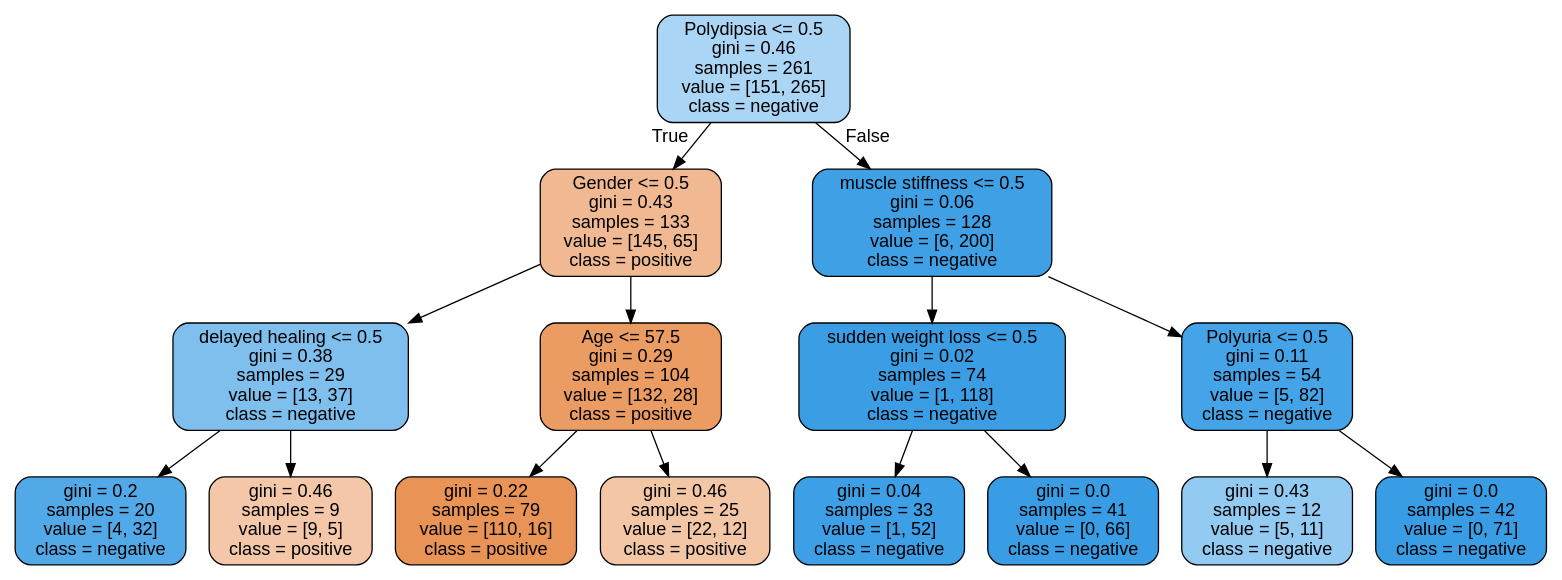
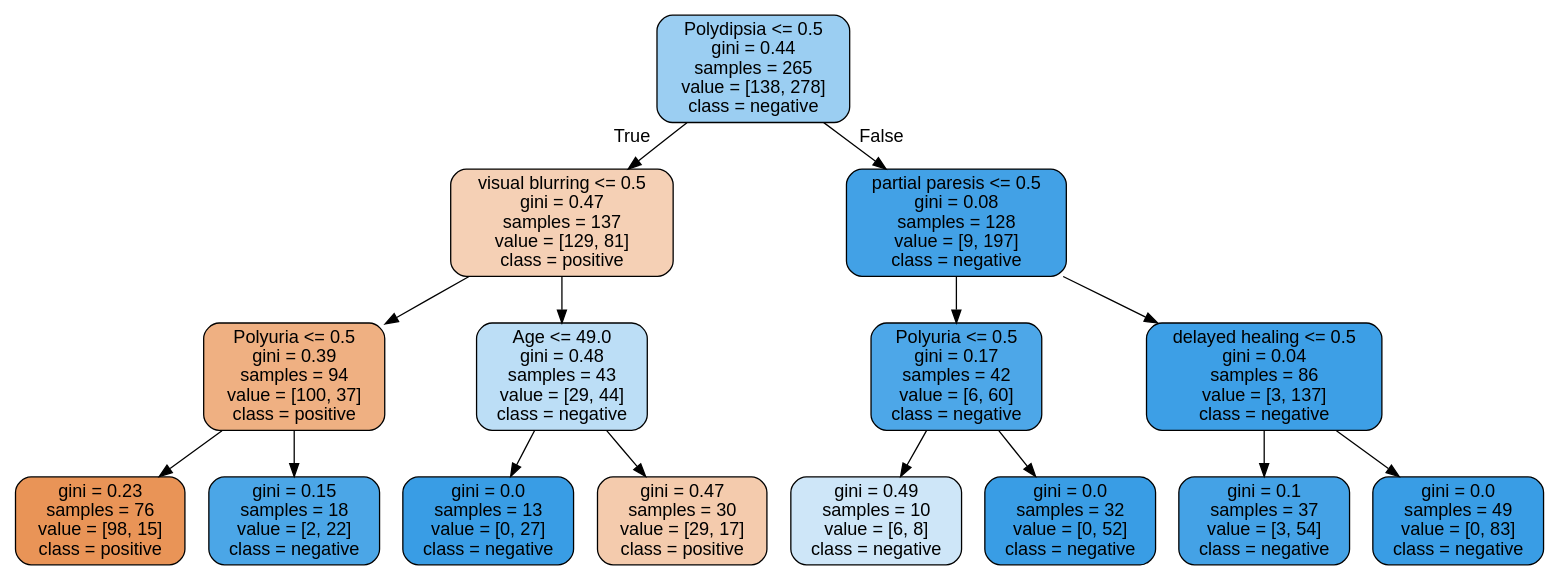
Before and after one commit to bbltxl/CapstoneProject_Diabetes: the diagram in diabetesprediction/reports/figures/tree.dot, drawn with Graphviz. The commit also changed 2 other files, not shown here.

```diff
--- a/diabetesprediction/reports/figures/tree.dot
+++ b/diabetesprediction/reports/figures/tree.dot
@@ -1,33 +1,33 @@
 digraph Tree {
 node [shape=box, style="filled, rounded", color="black", fontname="helvetica"] ;
 edge [fontname="helvetica"] ;
-0 [label="Polydipsia <= 0.5\ngini = 0.46\nsamples = 261\nvalue = [151, 265]\nclass = negative", fillcolor="#aad5f4"] ;
-1 [label="Gender <= 0.5\ngini = 0.43\nsamples = 133\nvalue = [145, 65]\nclass = positive", fillcolor="#f1b992"] ;
+0 [label="Polydipsia <= 0.5\ngini = 0.44\nsamples = 265\nvalue = [138, 278]\nclass = negative", fillcolor="#9bcef2"] ;
+1 [label="visual blurring <= 0.5\ngini = 0.47\nsamples = 137\nvalue = [129, 81]\nclass = positive", fillcolor="#f5d0b5"] ;
 0 -> 1 [labeldistance=2.5, labelangle=45, headlabel="True"] ;
-2 [label="delayed healing <= 0.5\ngini = 0.38\nsamples = 29\nvalue = [13, 37]\nclass = negative", fillcolor="#7fbfee"] ;
+2 [label="Polyuria <= 0.5\ngini = 0.39\nsamples = 94\nvalue = [100, 37]\nclass = positive", fillcolor="#efb082"] ;
 1 -> 2 ;
-3 [label="gini = 0.2\nsamples = 20\nvalue = [4, 32]\nclass = negative", fillcolor="#52a9e8"] ;
+3 [label="gini = 0.23\nsamples = 76\nvalue = [98, 15]\nclass = positive", fillcolor="#e99457"] ;
 2 -> 3 ;
-4 [label="gini = 0.46\nsamples = 9\nvalue = [9, 5]\nclass = positive", fillcolor="#f3c7a7"] ;
+4 [label="gini = 0.15\nsamples = 18\nvalue = [2, 22]\nclass = negative", fillcolor="#4ba6e7"] ;
 2 -> 4 ;
-5 [label="Age <= 57.5\ngini = 0.29\nsamples = 104\nvalue = [132, 28]\nclass = positive", fillcolor="#eb9c63"] ;
+5 [label="Age <= 49.0\ngini = 0.48\nsamples = 43\nvalue = [29, 44]\nclass = negative", fillcolor="#bcdef6"] ;
 1 -> 5 ;
-6 [label="gini = 0.22\nsamples = 79\nvalue = [110, 16]\nclass = positive", fillcolor="#e99356"] ;
+6 [label="gini = 0.0\nsamples = 13\nvalue = [0, 27]\nclass = negative", fillcolor="#399de5"] ;
 5 -> 6 ;
-7 [label="gini = 0.46\nsamples = 25\nvalue = [22, 12]\nclass = positive", fillcolor="#f3c6a5"] ;
+7 [label="gini = 0.47\nsamples = 30\nvalue = [29, 17]\nclass = positive", fillcolor="#f4cbad"] ;
 5 -> 7 ;
-8 [label="muscle stiffness <= 0.5\ngini = 0.06\nsamples = 128\nvalue = [6, 200]\nclass = negative", fillcolor="#3fa0e6"] ;
+8 [label="partial paresis <= 0.5\ngini = 0.08\nsamples = 128\nvalue = [9, 197]\nclass = negative", fillcolor="#42a1e6"] ;
 0 -> 8 [labeldistance=2.5, labelangle=-45, headlabel="False"] ;
-9 [label="sudden weight loss <= 0.5\ngini = 0.02\nsamples = 74\nvalue = [1, 118]\nclass = negative", fillcolor="#3b9ee5"] ;
+9 [label="Polyuria <= 0.5\ngini = 0.17\nsamples = 42\nvalue = [6, 60]\nclass = negative", fillcolor="#4da7e8"] ;
 8 -> 9 ;
-10 [label="gini = 0.04\nsamples = 33\nvalue = [1, 52]\nclass = negative", fillcolor="#3d9fe6"] ;
+10 [label="gini = 0.49\nsamples = 10\nvalue = [6, 8]\nclass = negative", fillcolor="#cee6f8"] ;
 9 -> 10 ;
-11 [label="gini = 0.0\nsamples = 41\nvalue = [0, 66]\nclass = negative", fillcolor="#399de5"] ;
+11 [label="gini = 0.0\nsamples = 32\nvalue = [0, 52]\nclass = negative", fillcolor="#399de5"] ;
 9 -> 11 ;
-12 [label="Polyuria <= 0.5\ngini = 0.11\nsamples = 54\nvalue = [5, 82]\nclass = negative", fillcolor="#45a3e7"] ;
+12 [label="delayed healing <= 0.5\ngini = 0.04\nsamples = 86\nvalue = [3, 137]\nclass = negative", fillcolor="#3d9fe6"] ;
 8 -> 12 ;
-13 [label="gini = 0.43\nsamples = 12\nvalue = [5, 11]\nclass = negative", fillcolor="#93caf1"] ;
+13 [label="gini = 0.1\nsamples = 37\nvalue = [3, 54]\nclass = negative", fillcolor="#44a2e6"] ;
 12 -> 13 ;
-14 [label="gini = 0.0\nsamples = 42\nvalue = [0, 71]\nclass = negative", fillcolor="#399de5"] ;
+14 [label="gini = 0.0\nsamples = 49\nvalue = [0, 83]\nclass = negative", fillcolor="#399de5"] ;
 12 -> 14 ;
 }
```
